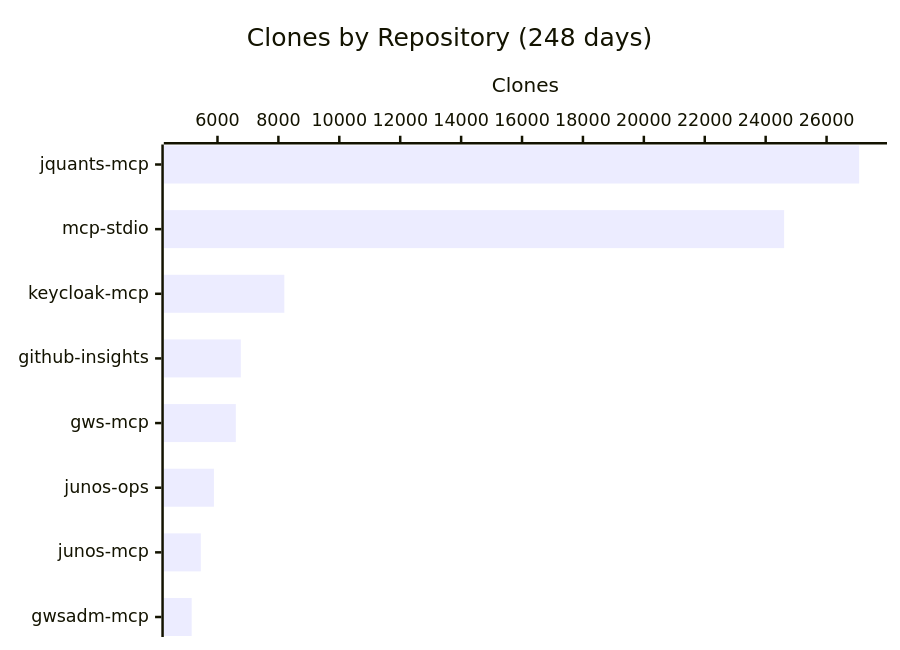
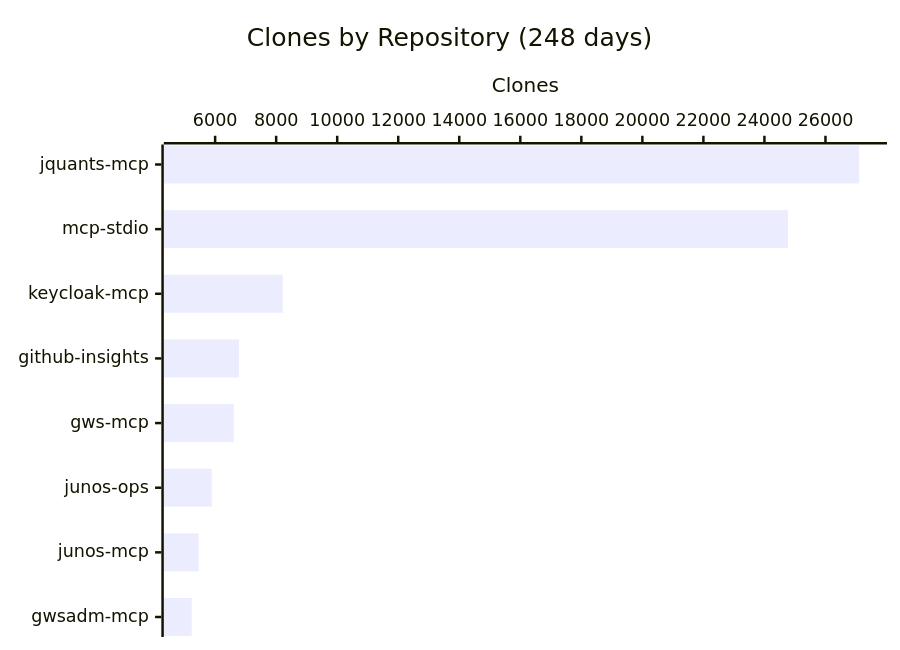
The fourth of 4 diagrams in README.md (shigechika/github-insights), drawn with Mermaid before and after one commit. The commit also changed other lines of this file and 1 other file, not shown here.

````diff
--- a/README.md
+++ b/README.md
@@ -58,7 +58,7 @@
 ```mermaid
 xychart-beta horizontal
     title "Clones by Repository (248 days)"
     x-axis ["jquants-mcp", "mcp-stdio", "keycloak-mcp", "github-insights", "gws-mcp", "junos-ops", "junos-mcp", "gwsadm-mcp"]
     y-axis "Clones"
-    bar [27070, 24606, 8195, 6767, 6602, 5883, 5453, 5152]
+    bar [27104, 24770, 8215, 6780, 6610, 5886, 5461, 5231]
 ```
````
